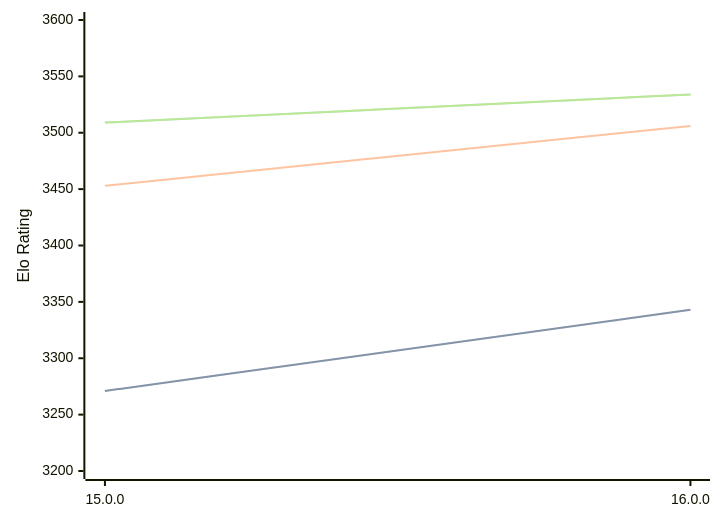
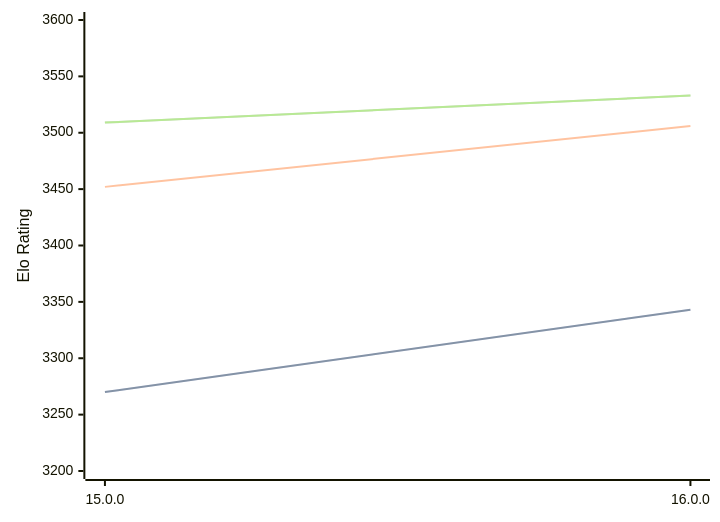
The diagram in engines/Halogen.md (computer-chess-index/cci), drawn with Mermaid before and after one commit. The commit also changed other lines of this file, not shown here.

Commit message:
Update CCI Ratings (ELO VLTC) - 2026-06-10

````diff
--- a/engines/Halogen.md
+++ b/engines/Halogen.md
@@ -50,11 +50,11 @@
 ```mermaid
 %%{init: {"theme":"base","themeVariables":{"seriesColors:['#a3a3a3','#222221','#faa371']}}}%%
 xychart-beta
   x-axis ["15.0.0", "16.0.0"]
   y-axis "Elo Rating" 3200 --> 3600
-  line "STC (8.0+0.08s)" [3271, 3343]
-  line "STC (8.0+0.08s)" [3271, 3343]
-  line "LTC (60.0+0.60s)" [3453, 3506]
-  line "VLTC (2m24s+1.12s)" [3509, 3534]
-  line "VLTC (2m24s+1.12s)" [3509, 3534]
+  line "STC (8.0+0.08s)" [3270, 3343]
+  line "STC (8.0+0.08s)" [3270, 3343]
+  line "LTC (60.0+0.60s)" [3452, 3506]
+  line "VLTC (2m24s+1.12s)" [3509, 3533]
+  line "VLTC (2m24s+1.12s)" [3509, 3533]
 ```
````
